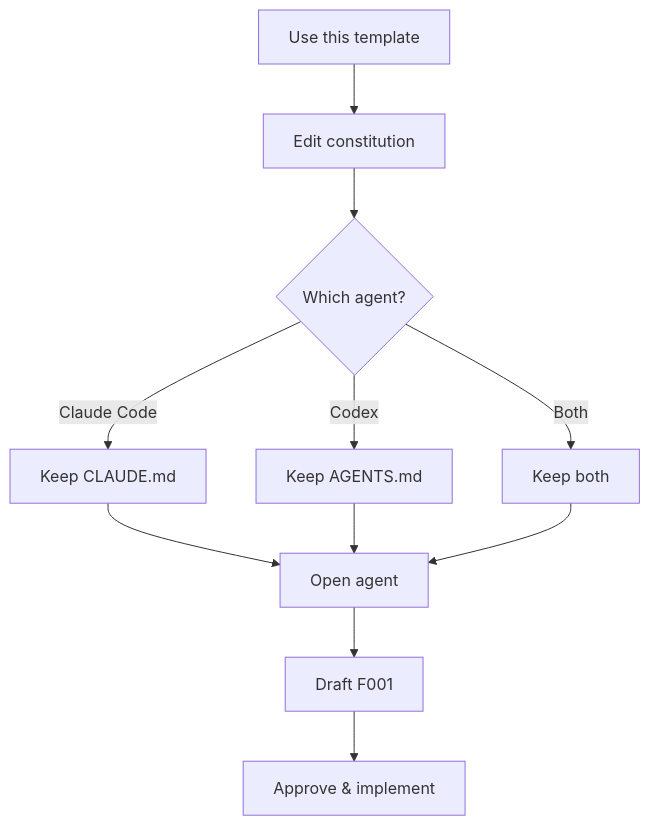
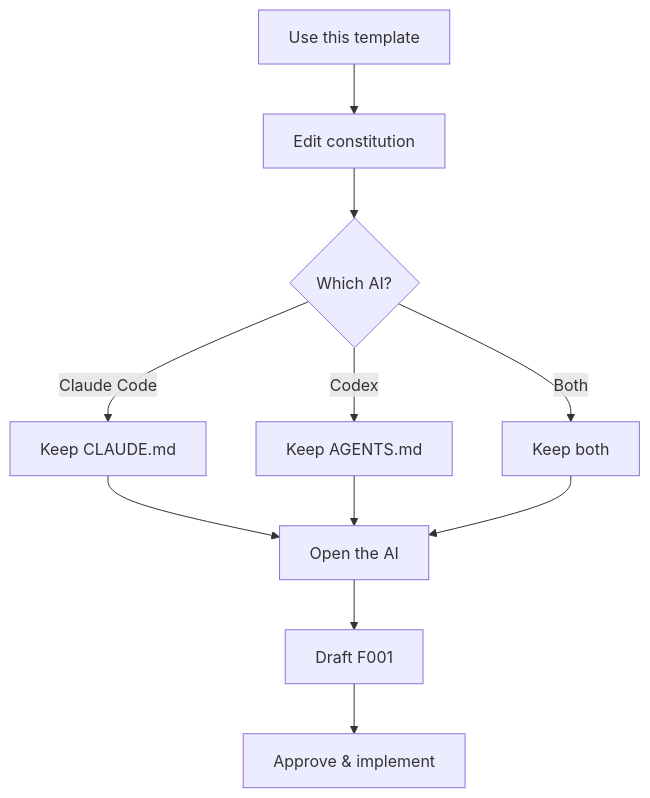
One commit to mgummich/sdd-workflow changed the diagram in docs/quickstart.md. Above: the diagram before and after it, drawn with Mermaid. The commit also changed other lines of this file and 3 other files, not shown here.

````diff
--- a/docs/quickstart.md
+++ b/docs/quickstart.md
@@ -7,13 +7,13 @@
 ```mermaid
 flowchart TD
     A[Use this template] --> B[Edit constitution]
-    B --> C{Which agent?}
+    B --> C{Which AI?}
     C -->|Claude Code| D[Keep CLAUDE.md]
     C -->|Codex| E[Keep AGENTS.md]
     C -->|Both| F[Keep both]
-    D --> G[Open agent]
+    D --> G[Open the AI]
     E --> G
     F --> G
     G --> H[Draft F001]
     H --> I[Approve & implement]
 ```
````
